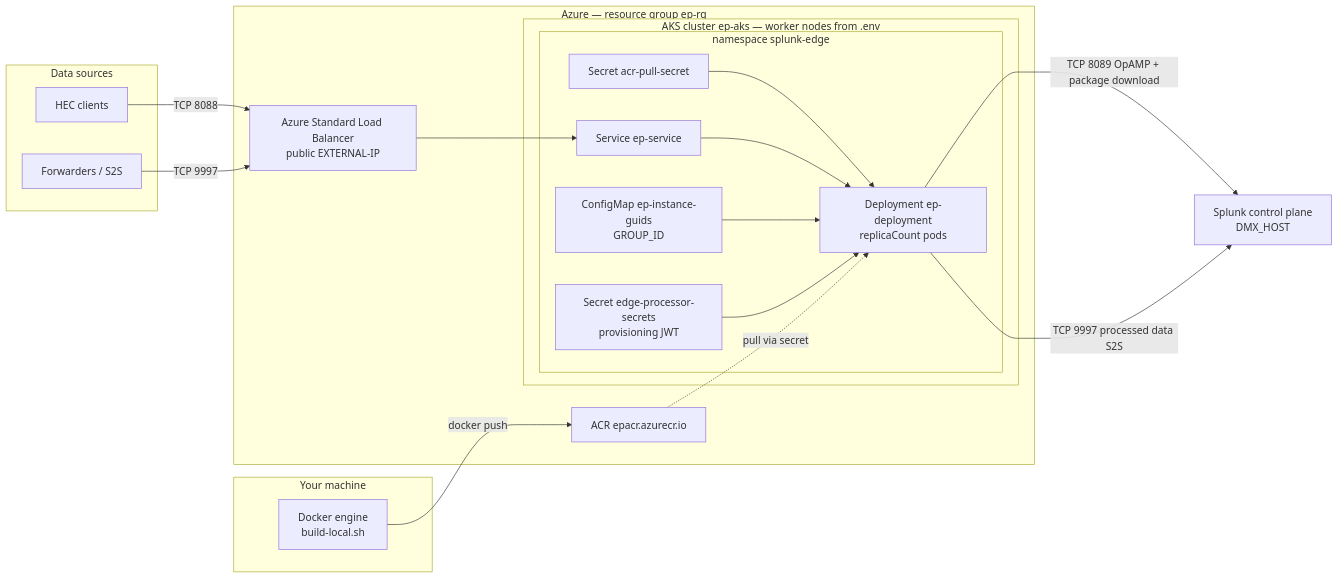
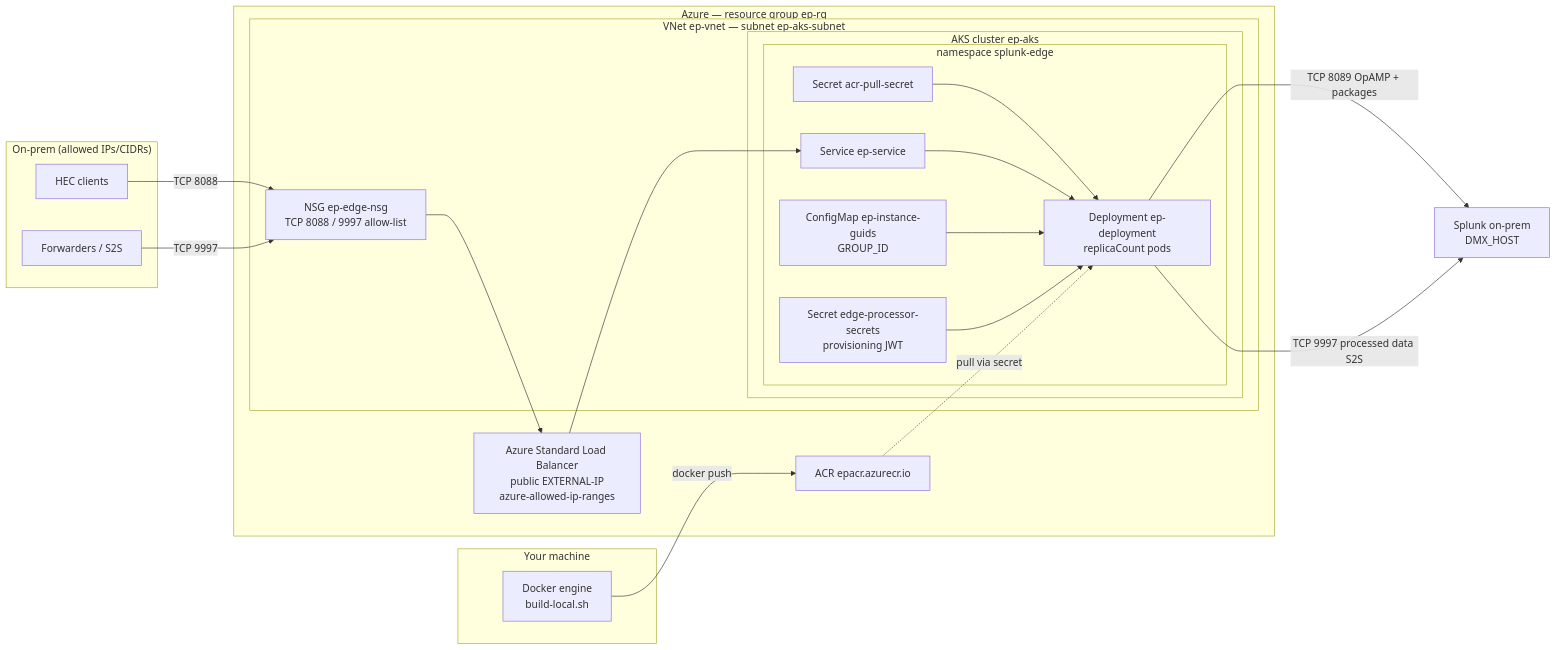
The diagram in README.md (joshal-source/EP_AKS), drawn with Mermaid before and after one commit. The commit also changed other lines of this file, not shown here.

Commit message:
Update README architecture diagram with NSG and VNet.
Show on-prem allow-list flow through ep-edge-nsg before the Load Balancer and document network layers in the table.

````diff
--- a/README.md
+++ b/README.md
@@ -26,39 +26,43 @@
 ```mermaid
 flowchart LR
+  subgraph onprem["On-prem (allowed IPs/CIDRs)"]
+    HEC["HEC clients"]
+    UF["Forwarders / S2S"]
+  end
+
   subgraph local["Your machine"]
     docker["Docker engine<br/>build-local.sh"]
   end
 
-  subgraph sources["Data sources"]
-    HEC["HEC clients"]
-    UF["Forwarders / S2S"]
+  subgraph azure["Azure — resource group ep-rg"]
+    acr["ACR epacr.azurecr.io"]
+    subgraph vnet["VNet ep-vnet — subnet ep-aks-subnet"]
+      nsg["NSG ep-edge-nsg<br/>TCP 8088 / 9997 allow-list"]
+      subgraph aks["AKS cluster ep-aks"]
+        subgraph ns["namespace splunk-edge"]
+          pullsec["Secret acr-pull-secret"]
+          dep["Deployment ep-deployment<br/>replicaCount pods"]
+          svc["Service ep-service"]
+          cm["ConfigMap ep-instance-guids<br/>GROUP_ID"]
+          sec["Secret edge-processor-secrets<br/>provisioning JWT"]
+        end
+      end
+    end
+    lb["Azure Standard Load Balancer<br/>public EXTERNAL-IP<br/>azure-allowed-ip-ranges"]
   end
 
-  subgraph azure["Azure — resource group ep-rg"]
-    acr["ACR epacr.azurecr.io"]
-    subgraph aks["AKS cluster ep-aks — worker nodes from .env"]
-      subgraph ns["namespace splunk-edge"]
-        pullsec["Secret acr-pull-secret"]
-        dep["Deployment ep-deployment<br/>replicaCount pods"]
-        svc["Service ep-service"]
-        cm["ConfigMap ep-instance-guids<br/>GROUP_ID"]
-        sec["Secret edge-processor-secrets<br/>provisioning JWT"]
-      end
-    end
-    lb["Azure Standard Load Balancer<br/>public EXTERNAL-IP"]
-  end
-
-  splunk["Splunk control plane<br/>DMX_HOST"]
+  splunk["Splunk on-prem<br/>DMX_HOST"]
 
   docker -->|"docker push"| acr
   pullsec --> dep
   acr -.->|"pull via secret"| dep
-  HEC -->|"TCP 8088"| lb
-  UF -->|"TCP 9997"| lb
+  HEC -->|"TCP 8088"| nsg
+  UF -->|"TCP 9997"| nsg
+  nsg --> lb
   lb --> svc
   svc --> dep
   cm --> dep
   sec --> dep
-  dep -->|"TCP 8089 OpAMP + package download"| splunk
+  dep -->|"TCP 8089 OpAMP + packages"| splunk
   dep -->|"TCP 9997 processed data S2S"| splunk
 ```
````
